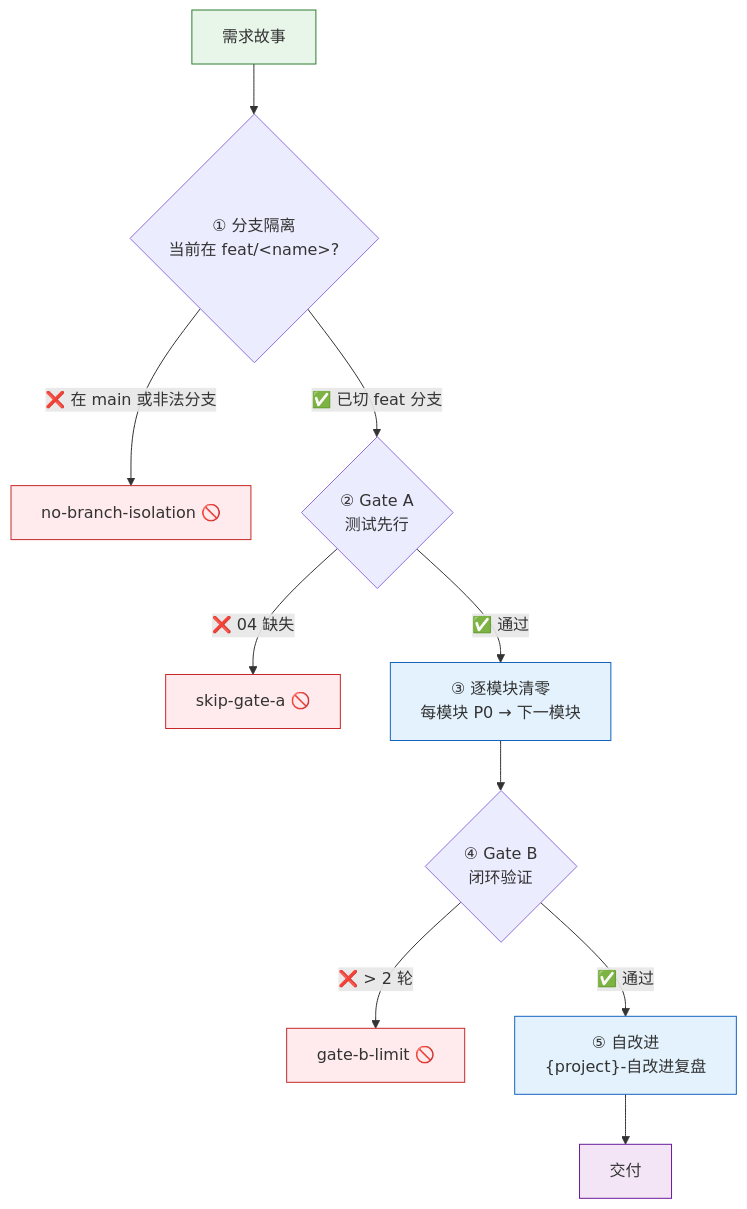
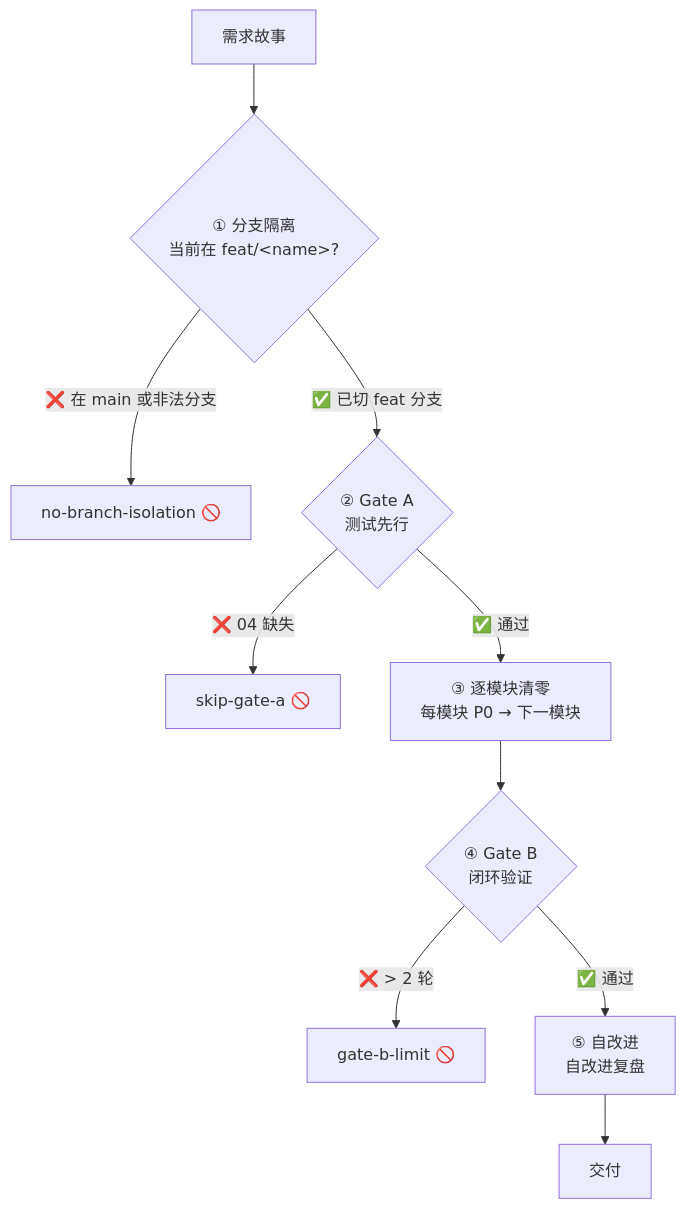
Before and after one commit to effiy/YrY: the first of 10 diagrams in rules/code-pipeline.md, drawn with Mermaid. The commit also changed other lines of this file and 61 other files, not shown here.

````diff
--- a/rules/code-pipeline.md
+++ b/rules/code-pipeline.md
@@ -37,17 +38,13 @@
 ```mermaid
 flowchart TB
     REQ["需求故事"]:::src --> BR{"① 分支隔离<br/>当前在 feat/&lt;name&gt;?"}
     BR -->|"❌ 在 main 或非法分支"| X0["no-branch-isolation 🚫"]:::block
     BR -->|"✅ 已切 feat 分支"| GA{"② Gate A<br/>测试先行"}
     GA -->|"❌ 04 缺失"| X1["skip-gate-a 🚫"]:::block
     GA -->|"✅ 通过"| MOD["③ 逐模块清零<br/>每模块 P0 → 下一模块"]:::phase
     MOD --> GB{"④ Gate B<br/>闭环验证"}
     GB -->|"❌ > 2 轮"| X2["gate-b-limit 🚫"]:::block
-    GB -->|"✅ 通过"| SI["⑤ 自改进<br/>{project}-自改进复盘"]:::phase
+    GB -->|"✅ 通过"| SI["⑤ 自改进<br/>自改进复盘"]:::phase
     SI --> DONE["交付"]:::done
 
-    classDef src fill:#e8f5e9,stroke:#2e7d32;
-    classDef phase fill:#e3f2fd,stroke:#1565c0;
-    classDef block fill:#ffebee,stroke:#c62828;
-    classDef done fill:#f3e5f5,stroke:#6a1b9a;
 ```
````
